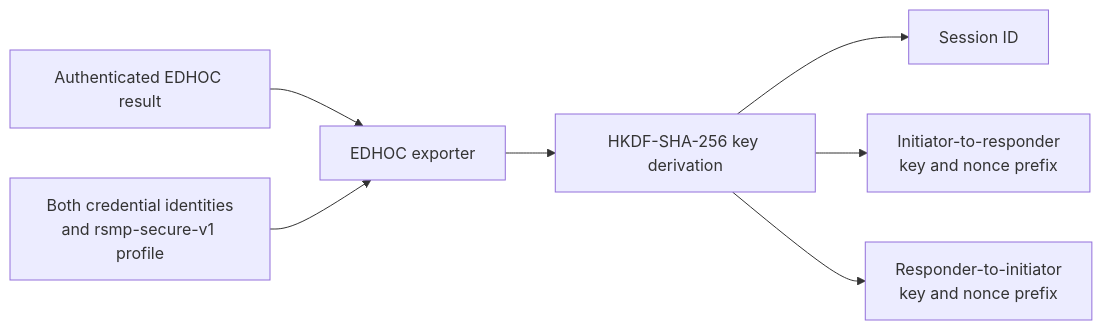
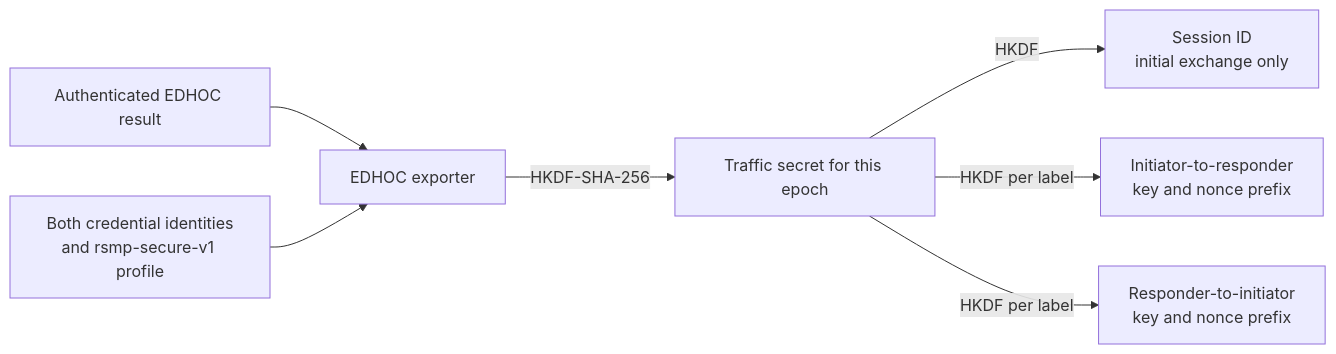
Before and after one commit to rsmp-nordic/rsmp-secure: the fifth of 8 diagrams in rsmp_secure_v1_explained.md, drawn with Mermaid. The commit also changed other lines of this file and 1 other file, not shown here.

Commit message:
specify the two-stage HKDF key schedule

````diff
--- a/rsmp_secure_v1_explained.md
+++ b/rsmp_secure_v1_explained.md
@@ -276,9 +276,9 @@
 ```mermaid
 flowchart LR
     edhoc[Authenticated EDHOC result] --> exporter[EDHOC exporter]
     identities[Both credential identities<br/>and rsmp-secure-v1 profile] --> exporter
-    exporter --> hkdf[HKDF-SHA-256 key derivation]
-    hkdf --> session[Session ID]
-    hkdf --> i2r[Initiator-to-responder<br/>key and nonce prefix]
-    hkdf --> r2i[Responder-to-initiator<br/>key and nonce prefix]
+    exporter -->|HKDF-SHA-256| traffic[Traffic secret for this epoch]
+    traffic -->|HKDF| session[Session ID<br/>initial exchange only]
+    traffic -->|HKDF per label| i2r[Initiator-to-responder<br/>key and nonce prefix]
+    traffic -->|HKDF per label| r2i[Responder-to-initiator<br/>key and nonce prefix]
 ```
````
